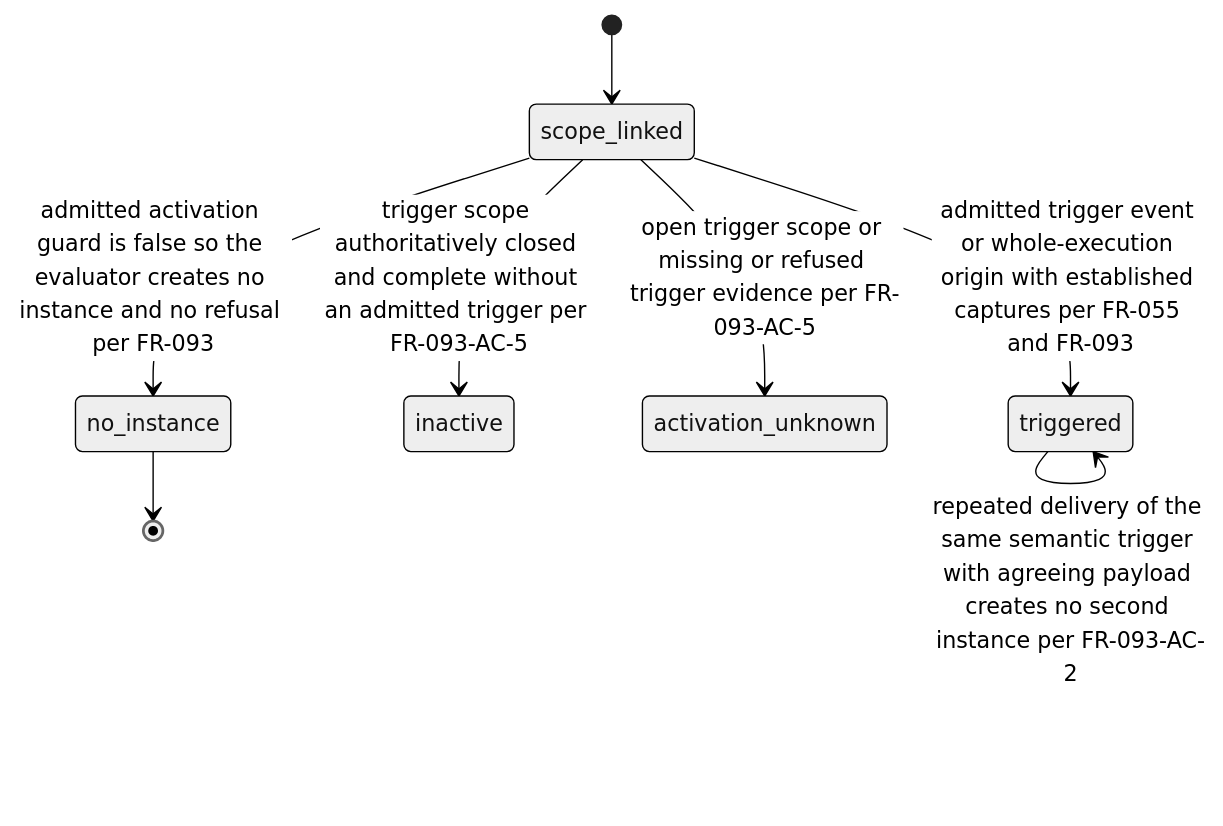
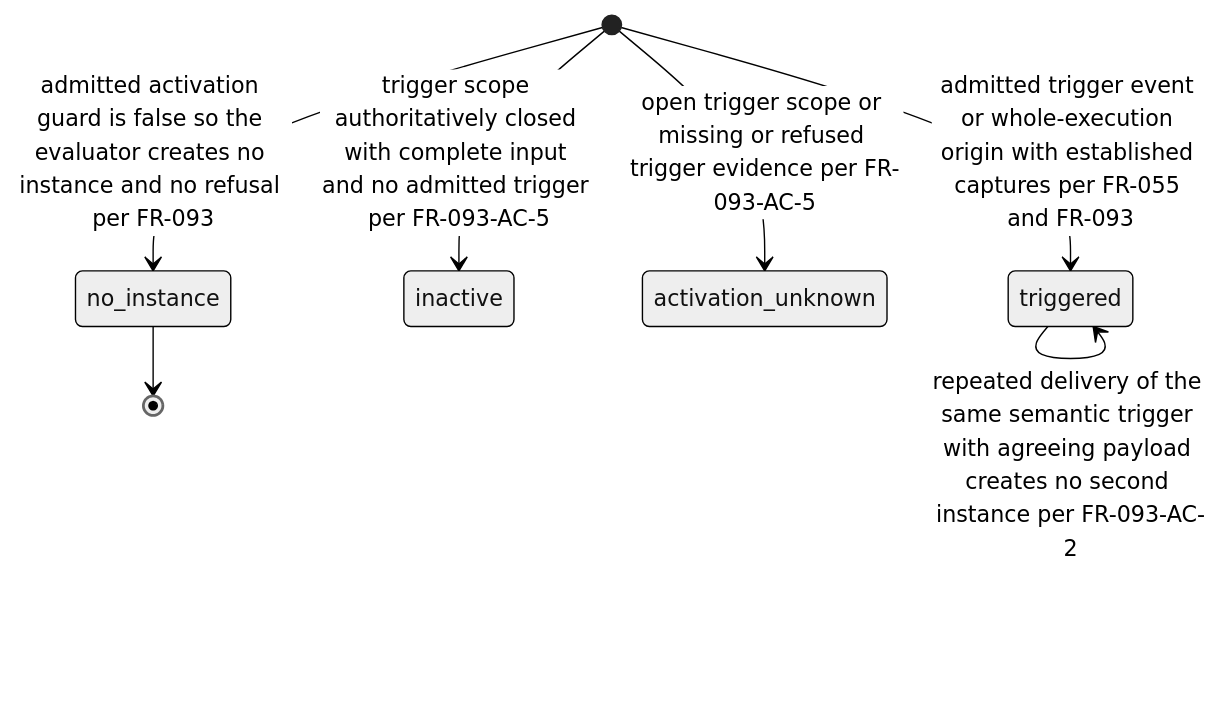
The diagram in spec/objects/protocol/FR-231-obligation-activation-state.md (agent-ix/quire-specification), drawn with Mermaid (neutral theme) before and after one commit. The commit also changed other lines of this file and 53 other files, not shown here.

````diff
--- a/spec/objects/protocol/FR-231-obligation-activation-state.md
+++ b/spec/objects/protocol/FR-231-obligation-activation-state.md
@@ -34,10 +34,9 @@
 ```mermaid
 stateDiagram-v2
-    [*] --> scope_linked
-    scope_linked --> triggered : admitted trigger event or whole-execution origin with established captures per FR-055 and FR-093
-    scope_linked --> inactive : trigger scope authoritatively closed and complete without an admitted trigger per FR-093-AC-5
-    scope_linked --> activation_unknown : open trigger scope or missing or refused trigger evidence per FR-093-AC-5
-    scope_linked --> no_instance : admitted activation guard is false so the evaluator creates no instance and no refusal per FR-093
+    [*] --> triggered : admitted trigger event or whole-execution origin with established captures per FR-055 and FR-093
+    [*] --> inactive : trigger scope authoritatively closed with complete input and no admitted trigger per FR-093-AC-5
+    [*] --> activation_unknown : open trigger scope or missing or refused trigger evidence per FR-093-AC-5
+    [*] --> no_instance : admitted activation guard is false so the evaluator creates no instance and no refusal per FR-093
     triggered --> triggered : repeated delivery of the same semantic trigger with agreeing payload creates no second instance per FR-093-AC-2
     no_instance --> [*]
 ```
````
